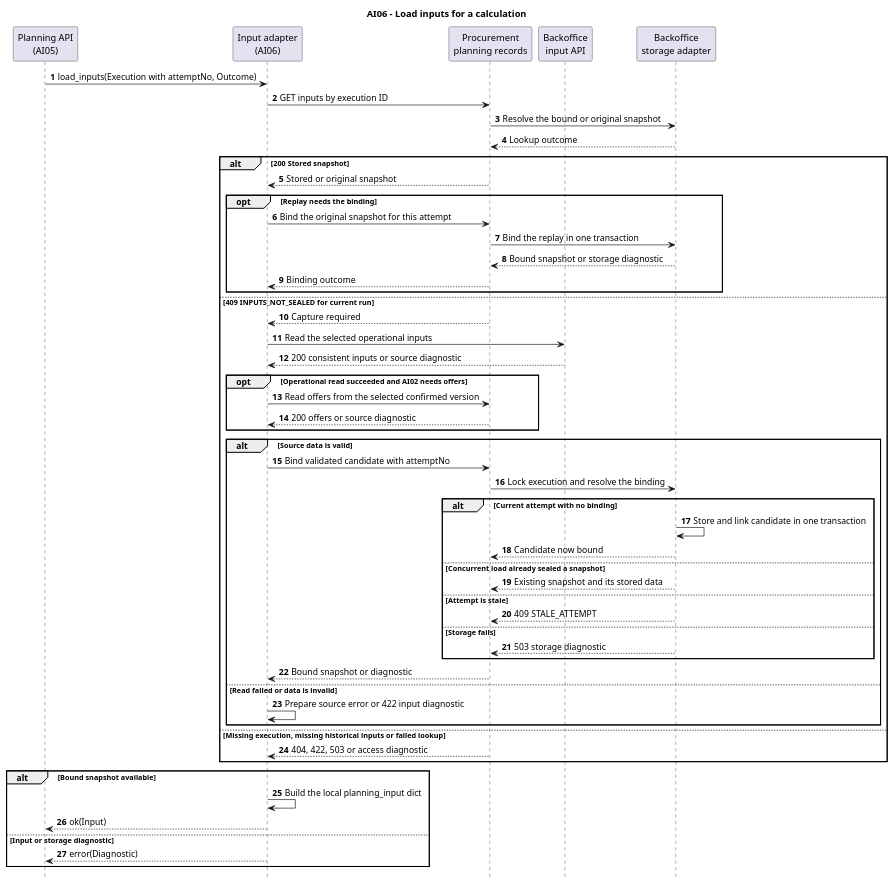
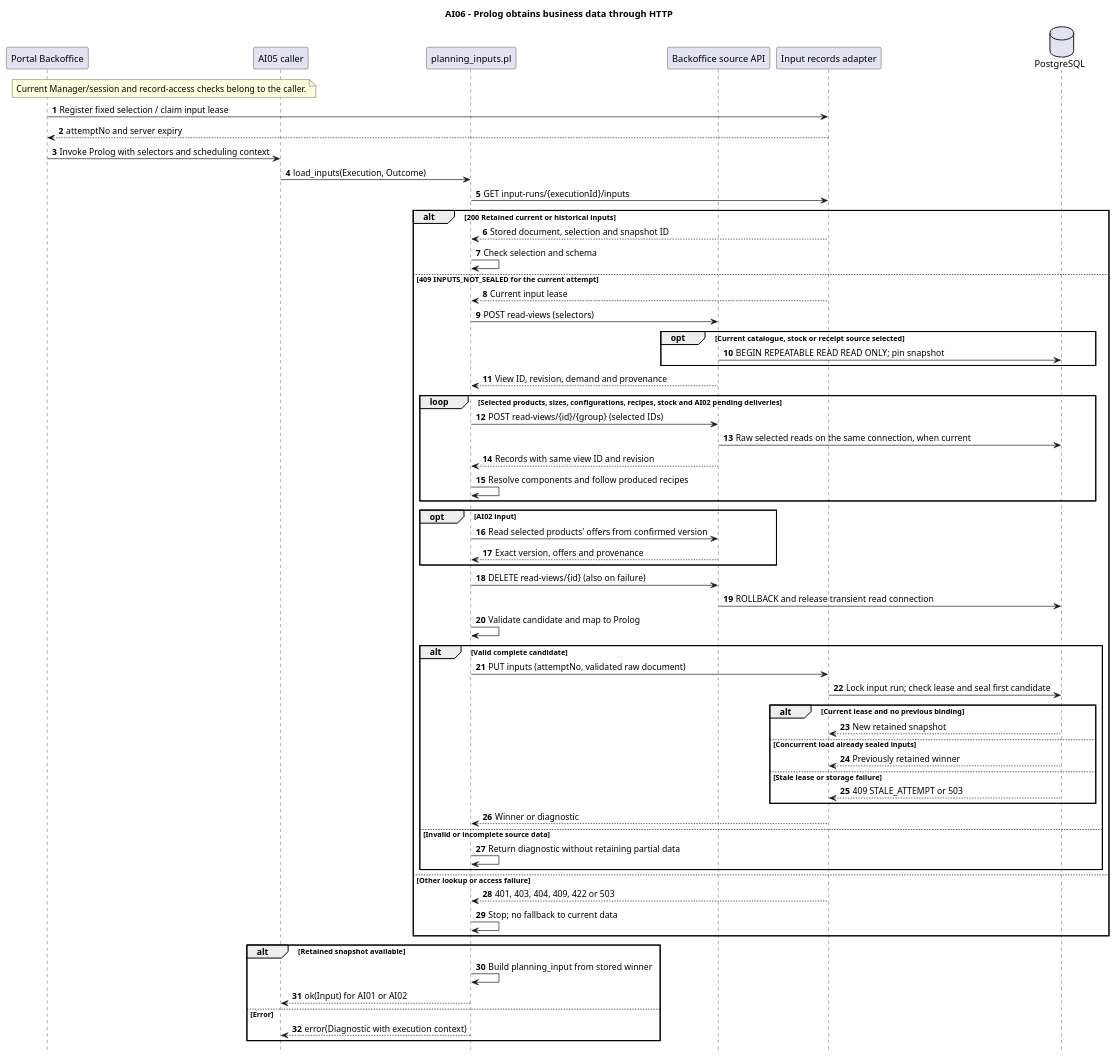
The diagram in docs/user_stories/ai/ai06/sequenceDiagram/sequence_diagram_load_planning_inputs.puml (1240898/teste), drawn with PlantUML before and after one commit. The commit also changed 248 other files, not shown here.

```diff
--- a/docs/user_stories/ai/ai06/sequenceDiagram/sequence_diagram_load_planning_inputs.puml
+++ b/docs/user_stories/ai/ai06/sequenceDiagram/sequence_diagram_load_planning_inputs.puml
@@ -1,59 +1,66 @@
 @startuml sequence_diagram_load_planning_inputs
-title AI06 - Load inputs for a calculation
+title AI06 - Prolog obtains business data through HTTP
 autonumber
 hide footbox
 skinparam shadowing false
+participant "Portal Backoffice" as Portal
+participant "AI05 caller" as AI05
+participant "planning_inputs.pl" as AI06
+participant "Backoffice source API" as Sources
+participant "Input records adapter" as Records
+database "PostgreSQL" as DB
 
-participant "Planning API\n(AI05)" as AI05
-participant "Input adapter\n(AI06)" as Adapter
-participant "Procurement\nplanning records" as Records
-participant "Backoffice\ninput API" as Backoffice
-participant "Backoffice\nstorage adapter" as Storage
-
-AI05 -> Adapter : load_inputs(Execution with attemptNo, Outcome)
-Adapter -> Records : GET inputs by execution ID
-Records -> Storage : Resolve the bound or original snapshot
-Storage --> Records : Lookup outcome
-alt 200 Stored snapshot
-    Records --> Adapter : Stored or original snapshot
-    opt Replay needs the binding
-        Adapter -> Records : Bind the original snapshot for this attempt
-        Records -> Storage : Bind the replay in one transaction
-        Storage --> Records : Bound snapshot or storage diagnostic
-        Records --> Adapter : Binding outcome
+note over Portal,AI05 : Current Manager/session and record-access checks belong to the caller.
+Portal -> Records : Register fixed selection / claim input lease
+Records --> Portal : attemptNo and server expiry
+Portal -> AI05 : Invoke Prolog with selectors and scheduling context
+AI05 -> AI06 : load_inputs(Execution, Outcome)
+AI06 -> Records : GET input-runs/{executionId}/inputs
+alt 200 Retained current or historical inputs
+  Records --> AI06 : Stored document, selection and snapshot ID
+  AI06 -> AI06 : Check selection and schema
+else 409 INPUTS_NOT_SEALED for the current attempt
+  Records --> AI06 : Current input lease
+  AI06 -> Sources : POST read-views (selectors)
+  opt Current catalogue, stock or receipt source selected
+    Sources -> DB : BEGIN REPEATABLE READ READ ONLY; pin snapshot
+  end
+  Sources --> AI06 : View ID, revision, demand and provenance
+  loop Selected products, sizes, configurations, recipes, stock and AI02 pending deliveries
+    AI06 -> Sources : POST read-views/{id}/{group} (selected IDs)
+    Sources -> DB : Raw selected reads on the same connection, when current
+    Sources --> AI06 : Records with same view ID and revision
+    AI06 -> AI06 : Resolve components and follow produced recipes
+  end
+  opt AI02 input
+    AI06 -> Sources : Read selected products' offers from confirmed version
+    Sources --> AI06 : Exact version, offers and provenance
+  end
+  AI06 -> Sources : DELETE read-views/{id} (also on failure)
+  Sources -> DB : ROLLBACK and release transient read connection
+  AI06 -> AI06 : Validate candidate and map to Prolog
+  alt Valid complete candidate
+    AI06 -> Records : PUT inputs (attemptNo, validated raw document)
+    Records -> DB : Lock input run; check lease and seal first candidate
+    alt Current lease and no previous binding
+      DB --> Records : New retained snapshot
+    else Concurrent load already sealed inputs
+      DB --> Records : Previously retained winner
+    else Stale lease or storage failure
+      DB --> Records : 409 STALE_ATTEMPT or 503
     end
-else 409 INPUTS_NOT_SEALED for current run
-    Records --> Adapter : Capture required
-    Adapter -> Backoffice : Read the selected operational inputs
-    Backoffice --> Adapter : 200 consistent inputs or source diagnostic
-    opt Operational read succeeded and AI02 needs offers
-        Adapter -> Records : Read offers from the selected confirmed version
-        Records --> Adapter : 200 offers or source diagnostic
-    end
-    alt Source data is valid
-        Adapter -> Records : Bind validated candidate with attemptNo
-        Records -> Storage : Lock execution and resolve the binding
-        alt Current attempt with no binding
-            Storage -> Storage : Store and link candidate in one transaction
-            Storage --> Records : Candidate now bound
-        else Concurrent load already sealed a snapshot
-            Storage --> Records : Existing snapshot and its stored data
-        else Attempt is stale
-            Storage --> Records : 409 STALE_ATTEMPT
-        else Storage fails
-            Storage --> Records : 503 storage diagnostic
-        end
-        Records --> Adapter : Bound snapshot or diagnostic
-    else Read failed or data is invalid
-        Adapter -> Adapter : Prepare source error or 422 input diagnostic
-    end
-else Missing execution, missing historical inputs or failed lookup
-    Records --> Adapter : 404, 422, 503 or access diagnostic
+    Records --> AI06 : Winner or diagnostic
+  else Invalid or incomplete source data
+    AI06 -> AI06 : Return diagnostic without retaining partial data
+  end
+else Other lookup or access failure
+  Records --> AI06 : 401, 403, 404, 409, 422 or 503
+  AI06 -> AI06 : Stop; no fallback to current data
 end
-alt Bound snapshot available
-    Adapter -> Adapter : Build the local planning_input dict
-    Adapter --> AI05 : ok(Input)
-else Input or storage diagnostic
-    Adapter --> AI05 : error(Diagnostic)
+alt Retained snapshot available
+  AI06 -> AI06 : Build planning_input from stored winner
+  AI06 --> AI05 : ok(Input) for AI01 or AI02
+else Error
+  AI06 --> AI05 : error(Diagnostic with execution context)
 end
 @enduml
```
